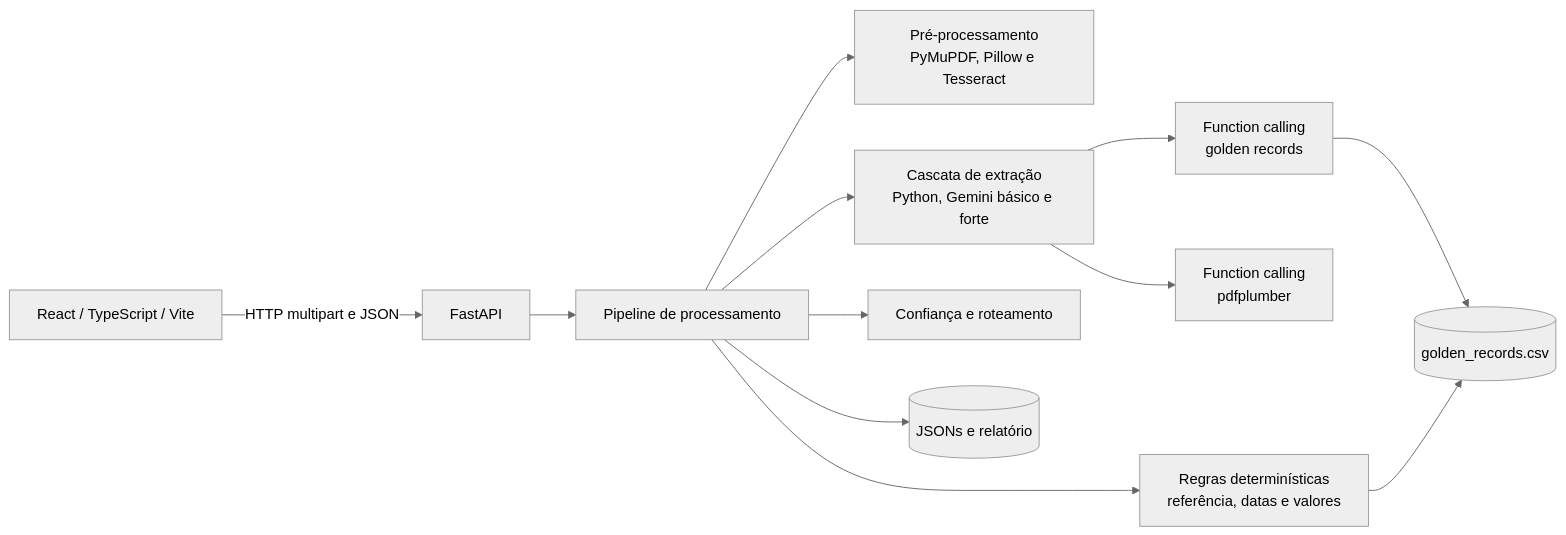
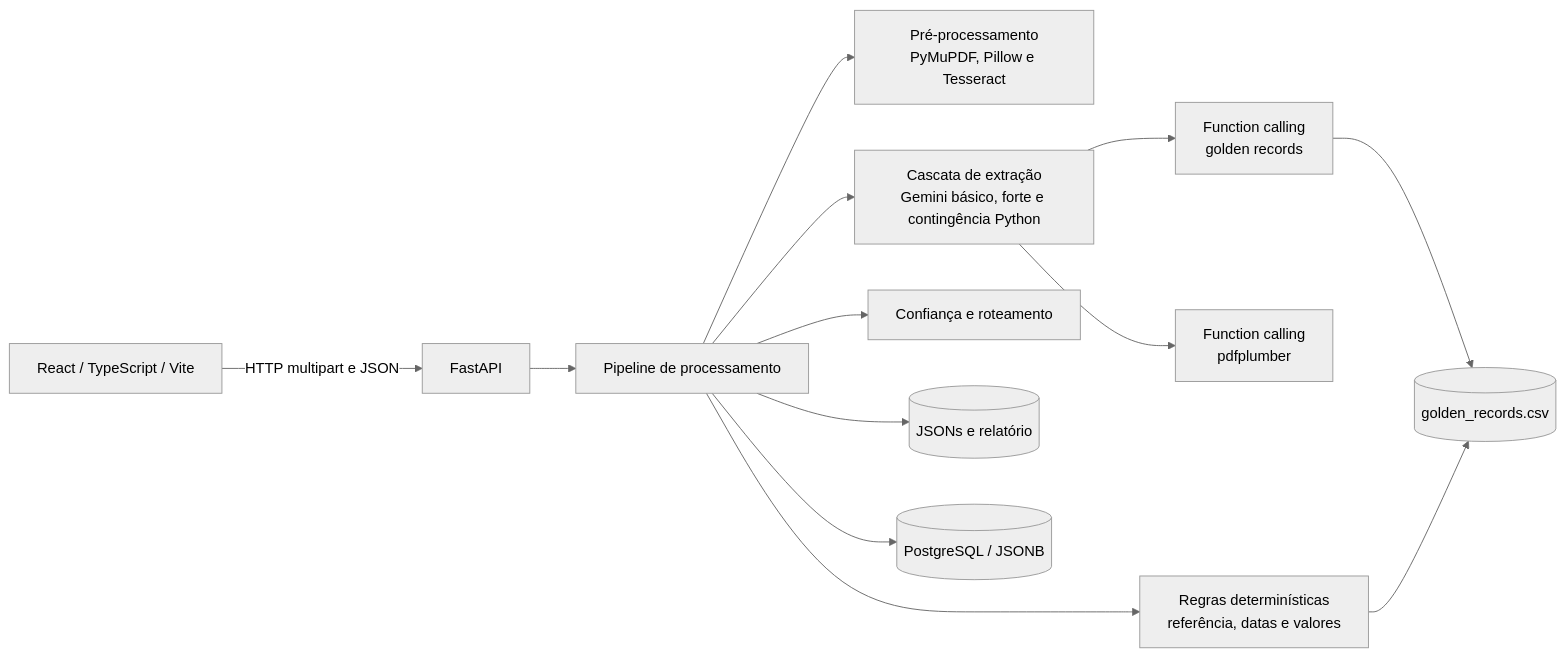
Before and after one commit to GMiraaa/fintrace: the second of 2 diagrams in README.md, drawn with Mermaid (neutral theme). The commit also changed other lines of this file and 33 other files, not shown here.

````diff
--- a/README.md
+++ b/README.md
@@ -103,14 +108,15 @@
 ```mermaid
 flowchart LR
     UI[React / TypeScript / Vite] -->|HTTP multipart e JSON| API[FastAPI]
     API --> PIPE[Pipeline de processamento]
     PIPE --> DOC[Pré-processamento<br/>PyMuPDF, Pillow e Tesseract]
-    PIPE --> CASCADE[Cascata de extração<br/>Python, Gemini básico e forte]
+    PIPE --> CASCADE[Cascata de extração<br/>Gemini básico, forte e contingência Python]
     CASCADE --> REFTOOL[Function calling<br/>golden records]
     CASCADE --> PDFTOOL[Function calling<br/>pdfplumber]
     PIPE --> RULES[Regras determinísticas<br/>referência, datas e valores]
     PIPE --> CONF[Confiança e roteamento]
     REFTOOL --> CSV[(golden_records.csv)]
     RULES --> CSV
     PIPE --> JSON[(JSONs e relatório)]
+    PIPE --> PG[(PostgreSQL / JSONB)]
 ```
````
